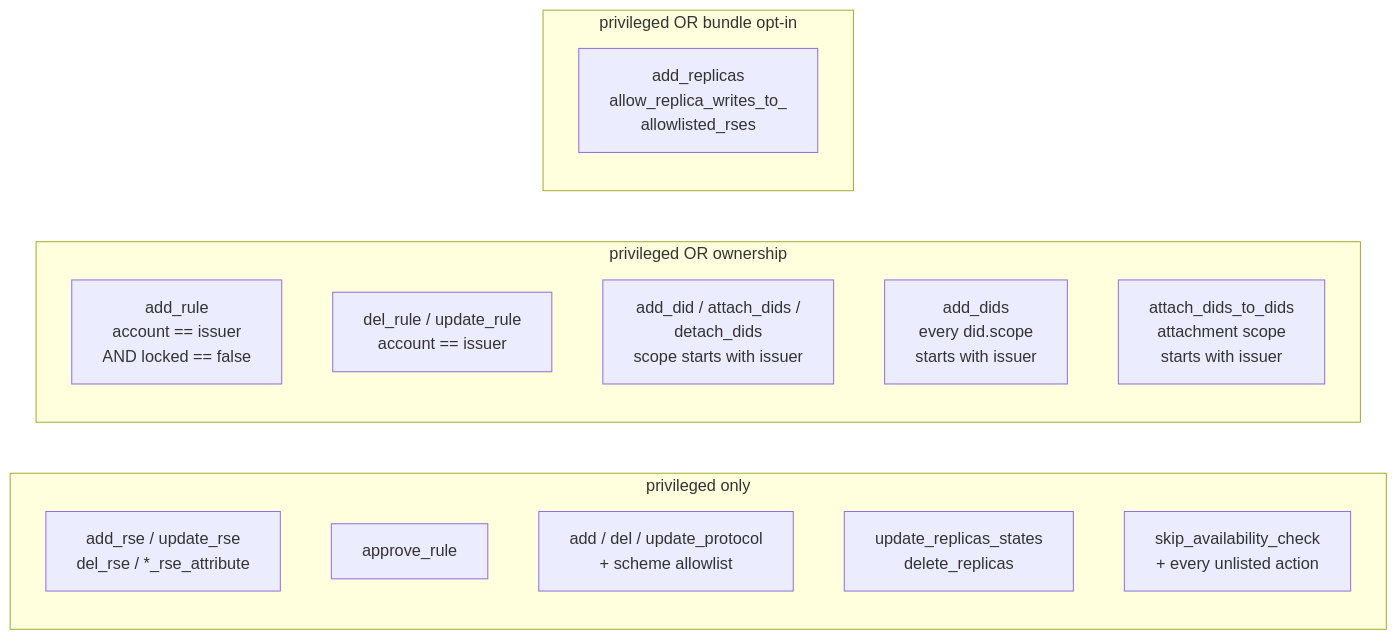
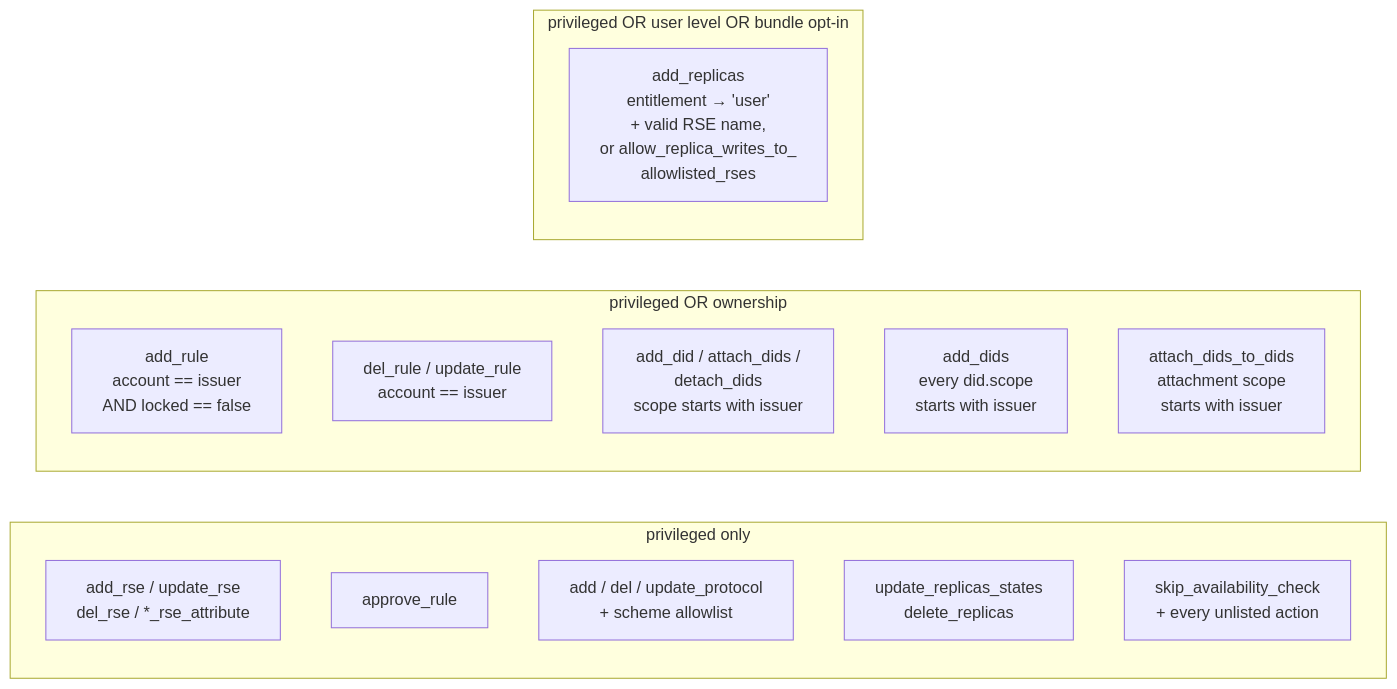
One commit to mgajek-cern/opa-policy-package changed the fifth of 5 diagrams in docs/authz-flow-diagrams.md. Above: the diagram before and after it, drawn with Mermaid. The commit also changed other lines of this file and 16 other files, not shown here.

````diff
--- a/docs/authz-flow-diagrams.md
+++ b/docs/authz-flow-diagrams.md
@@ -101,22 +101,22 @@
 ```mermaid
 flowchart LR
     subgraph ADMIN["privileged only"]
         A1["add_rse / update_rse<br/>del_rse / *_rse_attribute"]
         A2["approve_rule"]
         A3["add / del / update_protocol<br/>+ scheme allowlist"]
         A4["update_replicas_states<br/>delete_replicas"]
         A5["skip_availability_check<br/>+ every unlisted action"]
     end
 
     subgraph SELF["privileged OR ownership"]
         B1["add_rule<br/>account == issuer<br/>AND locked == false"]
         B2["del_rule / update_rule<br/>account == issuer"]
         B3["add_did / attach_dids /<br/>detach_dids<br/>scope starts with issuer"]
         B4["add_dids<br/>every did.scope<br/>starts with issuer"]
         B5["attach_dids_to_dids<br/>attachment scope<br/>starts with issuer"]
     end
 
-    subgraph FLAG["privileged OR bundle opt-in"]
-        C1["add_replicas<br/>allow_replica_writes_to_<br/>allowlisted_rses"]
+    subgraph LEVEL["privileged OR user level OR bundle opt-in"]
+        C1["add_replicas<br/>entitlement → 'user'<br/>+ valid RSE name,<br/>or allow_replica_writes_to_<br/>allowlisted_rses"]
     end
 ```
````
